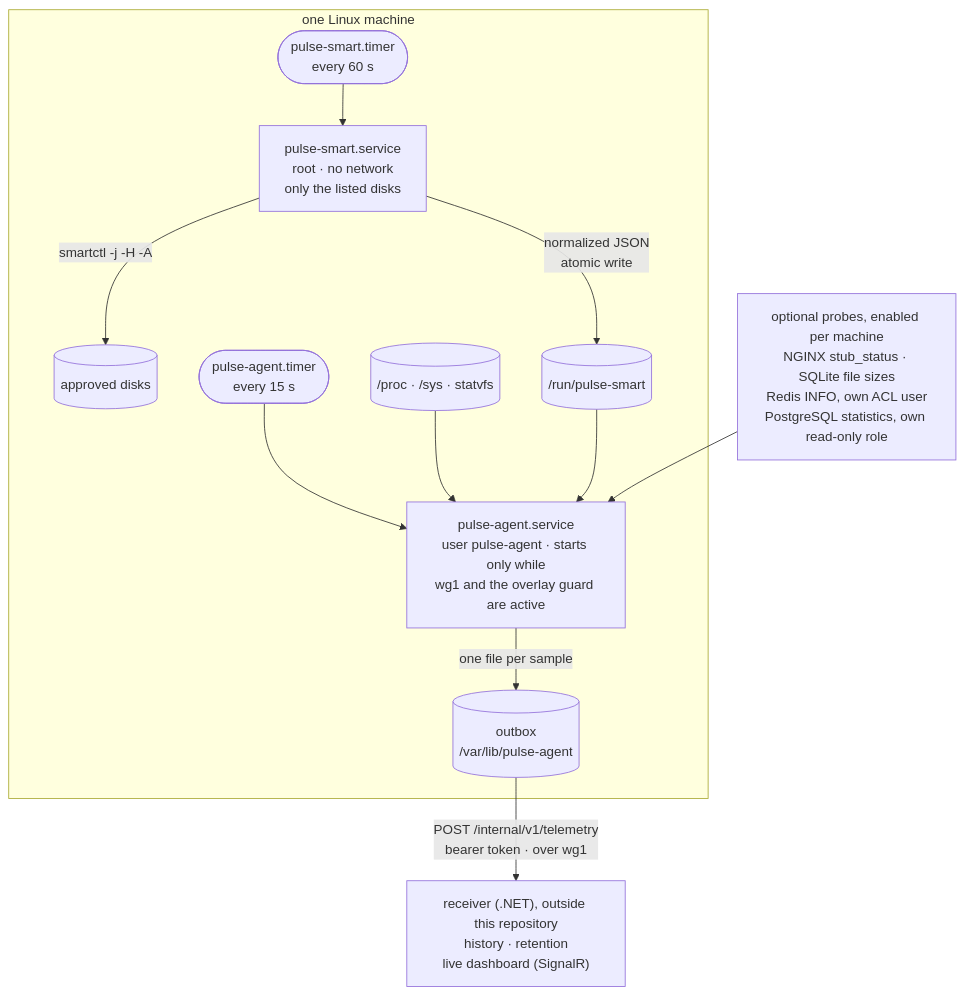
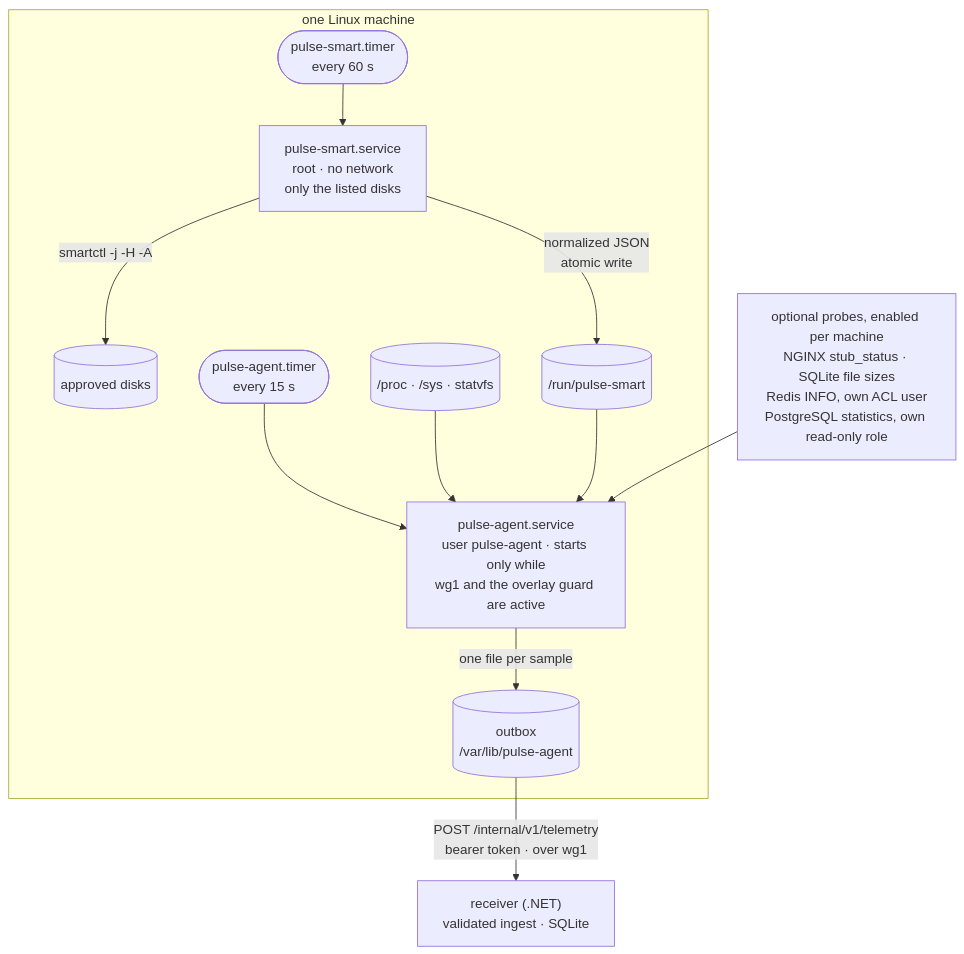
One commit to vpetukhov-wbss/homelab-infrastructure changed the first of 7 diagrams in apps/homelab-pulse/README.md. Above: the diagram before and after it, drawn with Mermaid. The commit also changed other lines of this file and 31 other files, not shown here.

Commit message:
feat(pulse): add the .NET telemetry receiver

```diff
--- a/apps/homelab-pulse/README.md
+++ b/apps/homelab-pulse/README.md
@@ -21,14 +20,14 @@
 ~~~mermaid
 flowchart TB
     subgraph host ["one Linux machine"]
         t2(["pulse-smart.timer<br/>every 60 s"]) --> smart["pulse-smart.service<br/>root · no network<br/>only the listed disks"]
         smart -- "smartctl -j -H -A" --> disks[("approved disks")]
         smart -- "normalized JSON<br/>atomic write" --> snap[("/run/pulse-smart")]
         t1(["pulse-agent.timer<br/>every 15 s"]) --> agent["pulse-agent.service<br/>user pulse-agent · starts only while<br/>wg1 and the overlay guard are active"]
         kernel[("/proc · /sys · statvfs")] --> agent
         snap --> agent
         agent -- "one file per sample" --> outbox[("outbox<br/>/var/lib/pulse-agent")]
     end
     optional["optional probes, enabled per machine<br/>NGINX stub_status · SQLite file sizes<br/>Redis INFO, own ACL user<br/>PostgreSQL statistics, own read-only role"] --> agent
-    outbox -- "POST /internal/v1/telemetry<br/>bearer token · over wg1" --> api["receiver (.NET), outside this repository<br/>history · retention<br/>live dashboard (SignalR)"]
+    outbox -- "POST /internal/v1/telemetry<br/>bearer token · over wg1" --> api["receiver (.NET)<br/>validated ingest · SQLite"]
 ~~~
```
